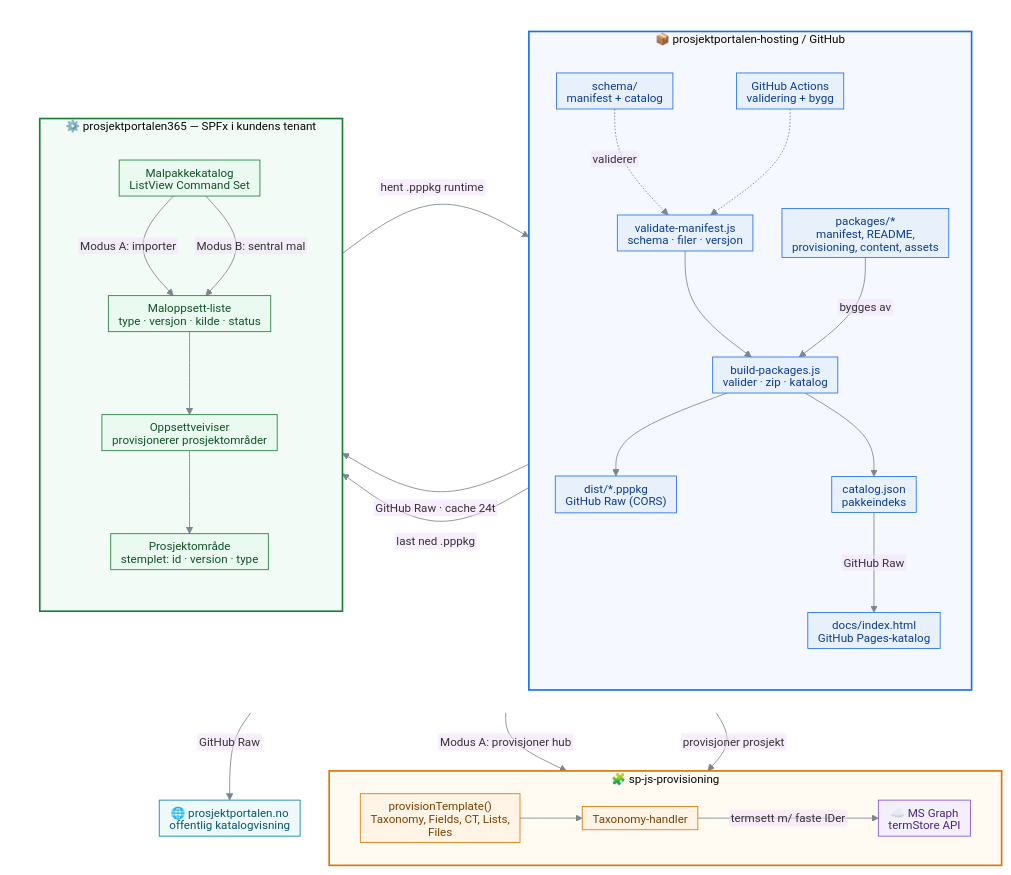
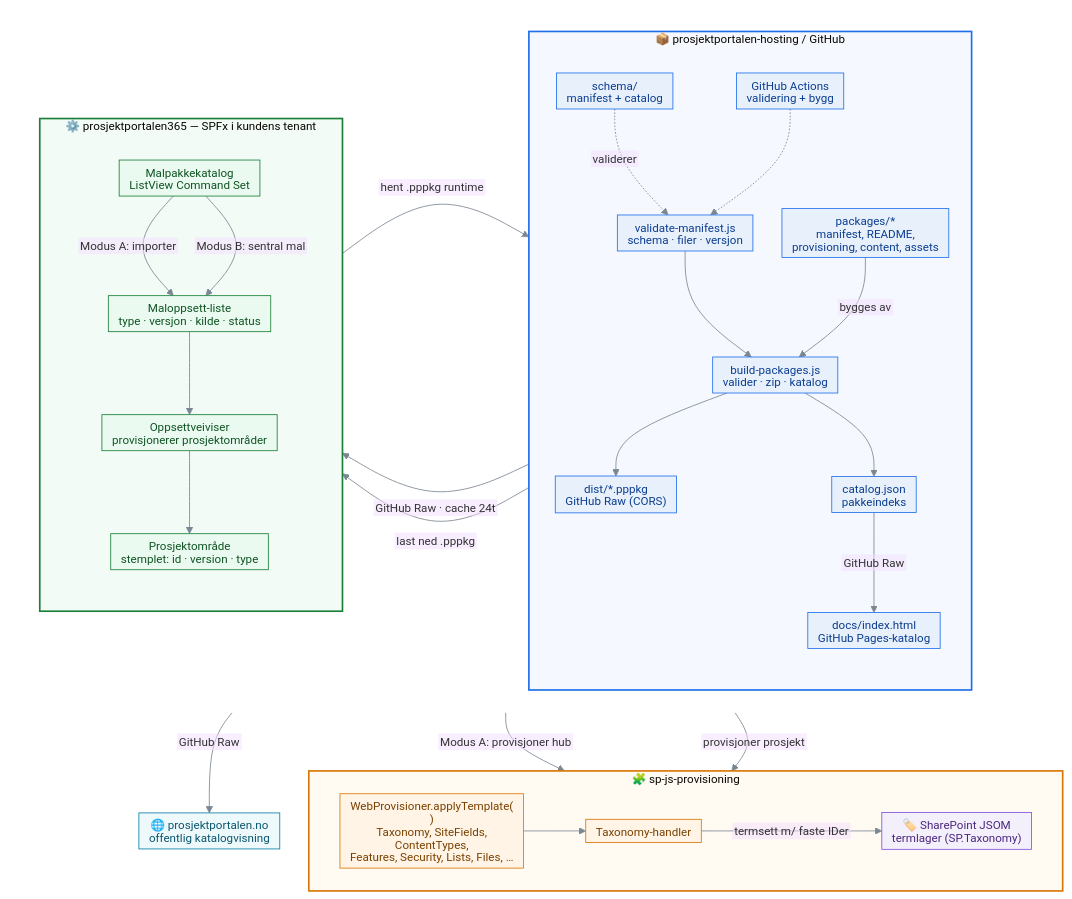
One commit to Puzzlepart/prosjektportalen-hosting changed the diagram in systemoversikt.mmd. Above: the diagram before and after it, drawn with Mermaid. The commit also changed 53 other files, not shown here.

```diff
--- a/systemoversikt.mmd
+++ b/systemoversikt.mmd
@@ -1,70 +1,70 @@
 %%{init: {"theme":"base","htmlLabels":false,"themeVariables":{"fontFamily":"Segoe UI, Helvetica, Arial, sans-serif","fontSize":"14px","lineColor":"#7a8691","primaryBorderColor":"#c9d1d9"},"flowchart":{"curve":"basis","nodeSpacing":35,"rankSpacing":50,"padding":6,"htmlLabels":false}}}%%
 flowchart TB
     subgraph TOP [" "]
         direction LR
         subgraph HOST["📦 prosjektportalen-hosting / GitHub"]
             direction TB
             PKG["packages/*<br/>manifest, README, provisioning, content, assets"]
             SCHEMA["schema/<br/>manifest + catalog"]
             VALIDATE["validate-manifest.js<br/>schema · filer · versjon"]
             BUILD["build-packages.js<br/>valider · zip · katalog"]
             DIST["dist/*.pppkg<br/>GitHub Raw (CORS)"]
             CAT["catalog.json<br/>pakkeindeks"]
             PAGES["docs/index.html<br/>GitHub Pages-katalog"]
             CI["GitHub Actions<br/>validering + bygg"]
             SCHEMA -.validerer.-> VALIDATE
             VALIDATE --> BUILD
             PKG -->|bygges av| BUILD
             BUILD --> DIST
             BUILD --> CAT
             CAT -->|GitHub Raw| PAGES
             CI -.-> VALIDATE
         end
         subgraph PP365["⚙️ prosjektportalen365 — SPFx i kundens tenant"]
             direction TB
             WIZARDCAT["Malpakkekatalog<br/>ListView Command Set"]
             MALOPP["Maloppsett-liste<br/>type · versjon · kilde · status"]
             SETUP["Oppsettveiviser<br/>provisjonerer prosjektområder"]
             SITE["Prosjektområde<br/>stemplet: id · version · type"]
             WIZARDCAT -->|Modus A: importer| MALOPP
             WIZARDCAT -->|Modus B: sentral mal| MALOPP
             MALOPP --> SETUP
             SETUP --> SITE
         end
     end
 
     PREVIEW["🌐 prosjektportalen.no<br/>offentlig katalogvisning"]
 
     subgraph PROV["🧩 sp-js-provisioning"]
         direction LR
-        PT["provisionTemplate()<br/>Taxonomy, Fields, CT, Lists, Files"]
+        PT["WebProvisioner.applyTemplate()<br/>Taxonomy, SiteFields, ContentTypes,<br/>Features, Security, Lists, Files, …"]
         TAX["Taxonomy-handler"]
-        GRAPH["☁️ MS Graph<br/>termStore API"]
+        JSOM["🏷️ SharePoint JSOM<br/>termlager (SP.Taxonomy)"]
         PT --> TAX
-        TAX -->|termsett m/ faste IDer| GRAPH
+        TAX -->|termsett m/ faste IDer| JSOM
     end
 
     PKG ~~~ WIZARDCAT
     CAT -->|GitHub Raw| PREVIEW
     CAT -->|GitHub Raw · cache 24t| WIZARDCAT
     DIST -->|last ned .pppkg| WIZARDCAT
     SETUP -->|hent .pppkg runtime| DIST
     WIZARDCAT -->|Modus A: provisjoner hub| PT
     SETUP -->|provisjoner prosjekt| PT
 
     classDef host fill:#e8f1fb,stroke:#1f6feb,color:#0b3d91;
     classDef spfx fill:#eafaf0,stroke:#1a7f37,color:#0f5323;
     classDef prov fill:#fff4e5,stroke:#d97706,color:#7a4100;
-    classDef msgraph fill:#f3effb,stroke:#8250df,color:#4b277f;
+    classDef jsom fill:#f3effb,stroke:#8250df,color:#4b277f;
     classDef web fill:#eef9fb,stroke:#0a7ea4,color:#08566e;
 
     class PKG,SCHEMA,VALIDATE,BUILD,DIST,CAT,PAGES,CI host;
     class WIZARDCAT,MALOPP,SETUP,SITE spfx;
     class PT,TAX prov;
-    class GRAPH msgraph;
+    class JSOM jsom;
     class PREVIEW web;
 
     style HOST fill:#f5f9ff,stroke:#1f6feb,stroke-width:2px;
     style PP365 fill:#f3fbf6,stroke:#1a7f37,stroke-width:2px;
     style PROV fill:#fffaf2,stroke:#d97706,stroke-width:2px;
     style TOP fill:none,stroke:none;
```
